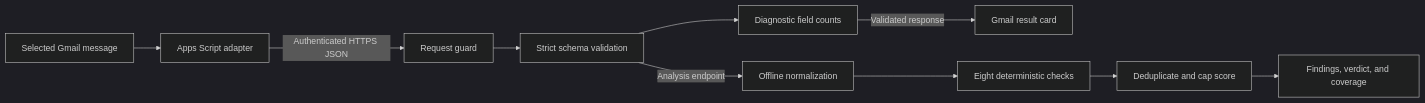
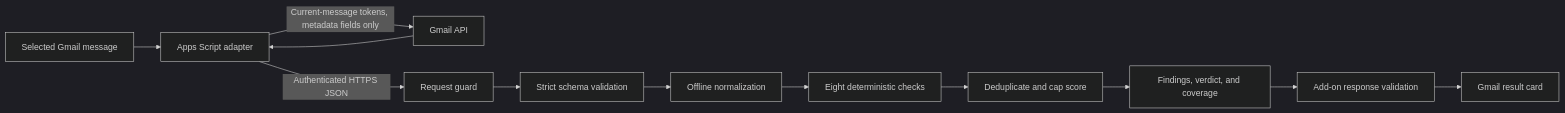
The diagram in README.md (ShaharMaaravi/upwind-mail-guard), drawn with Mermaid (dark theme) before and after one commit. The commit also changed other lines of this file and 21 other files, not shown here.

Commit message:
feat: complete Gmail risk analysis experience

````diff
--- a/README.md
+++ b/README.md
@@ -75,12 +78,14 @@
 ```mermaid
 flowchart LR
     G[Selected Gmail message] --> A[Apps Script adapter]
+    A -->|Current-message tokens, metadata fields only| M[Gmail API]
+    M --> A
     A -->|Authenticated HTTPS JSON| B[Request guard]
     B --> V[Strict schema validation]
-    V --> D[Diagnostic field counts]
-    D -->|Validated response| C[Gmail result card]
-    V -->|Analysis endpoint| N[Offline normalization]
+    V --> N[Offline normalization]
     N --> R[Eight deterministic checks]
     R --> S[Deduplicate and cap score]
     S --> U[Findings, verdict, and coverage]
+    U --> X[Add-on response validation]
+    X --> C[Gmail result card]
 ```
````
